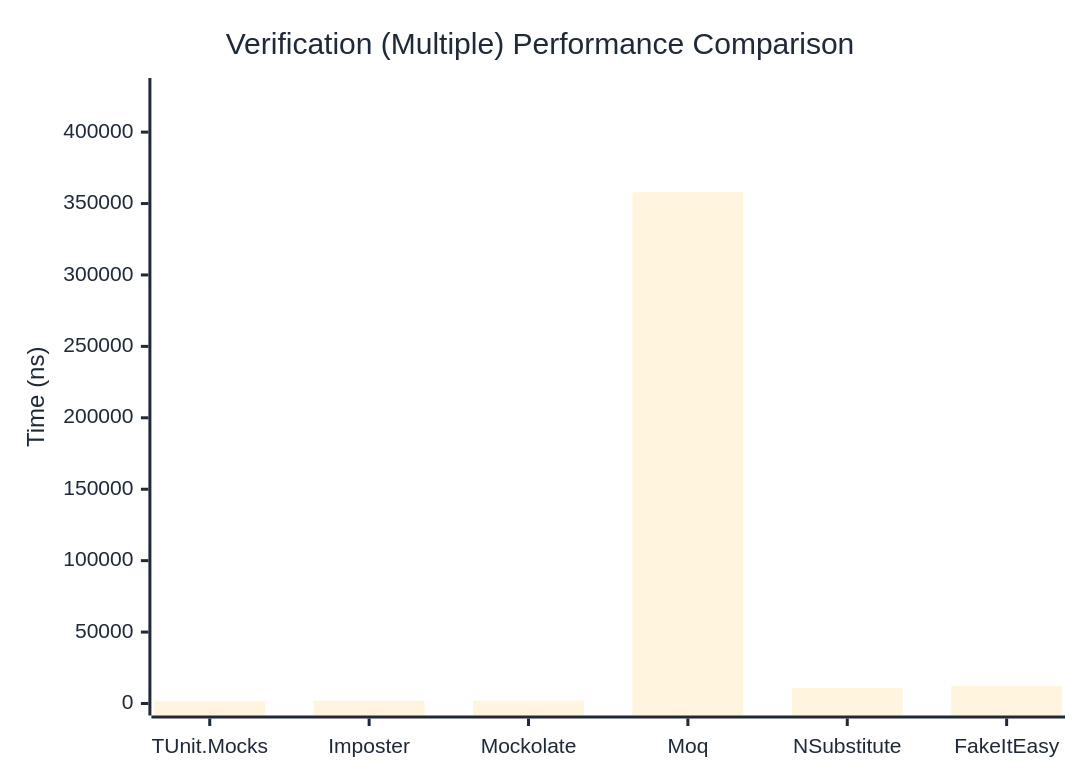
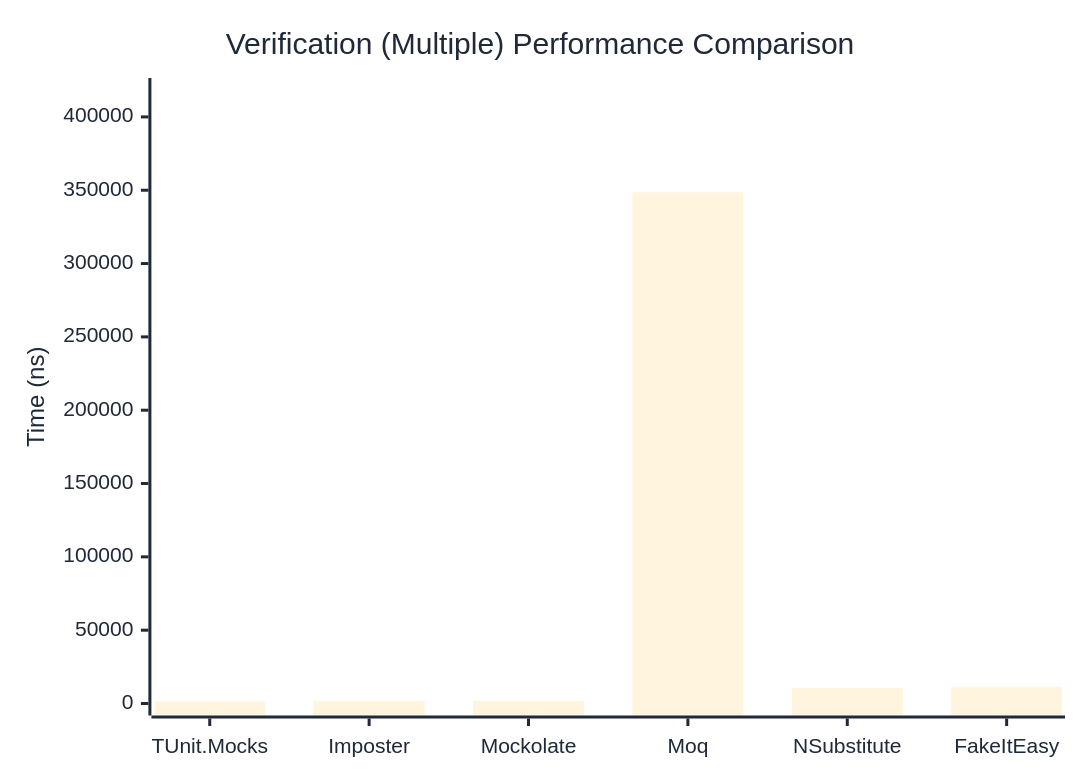
One commit to thomhurst/TUnit changed the third of 3 diagrams in docs/docs/benchmarks/mocks/Verification.md. Above: the diagram before and after it, drawn with Mermaid. The commit also changed other lines of this file and 14 other files, not shown here.

````diff
--- a/docs/docs/benchmarks/mocks/Verification.md
+++ b/docs/docs/benchmarks/mocks/Verification.md
@@ -110,27 +110,27 @@
 ```mermaid
 %%{init: {
   'theme':'base',
   'themeVariables': {
     'primaryColor': '#2563eb',
     'primaryTextColor': '#1f2937',
     'primaryBorderColor': '#1e40af',
     'lineColor': '#6b7280',
     'secondaryColor': '#7c3aed',
     'tertiaryColor': '#dc2626',
     'background': '#ffffff',
     'pie1': '#2563eb',
     'pie2': '#7c3aed',
     'pie3': '#dc2626',
     'pie4': '#f59e0b',
     'pie5': '#10b981',
     'pie6': '#06b6d4',
     'pie7': '#ec4899',
     'pie8': '#6366f1'
   }
 }}%%
 xychart-beta
   title "Verification (Multiple) Performance Comparison"
   x-axis ["TUnit.Mocks", "Imposter", "Mockolate", "Moq", "NSubstitute", "FakeItEasy"]
-  y-axis "Time (ns)" 0 --> 429478
-  bar [1500.67, 1873.01, 1985.8, 357897.98, 10924.59, 12187.52]
+  y-axis "Time (ns)" 0 --> 418351
+  bar [1391.49, 1819.03, 1818.48, 348625.17, 10511.76, 11426.09]
 ```
````
